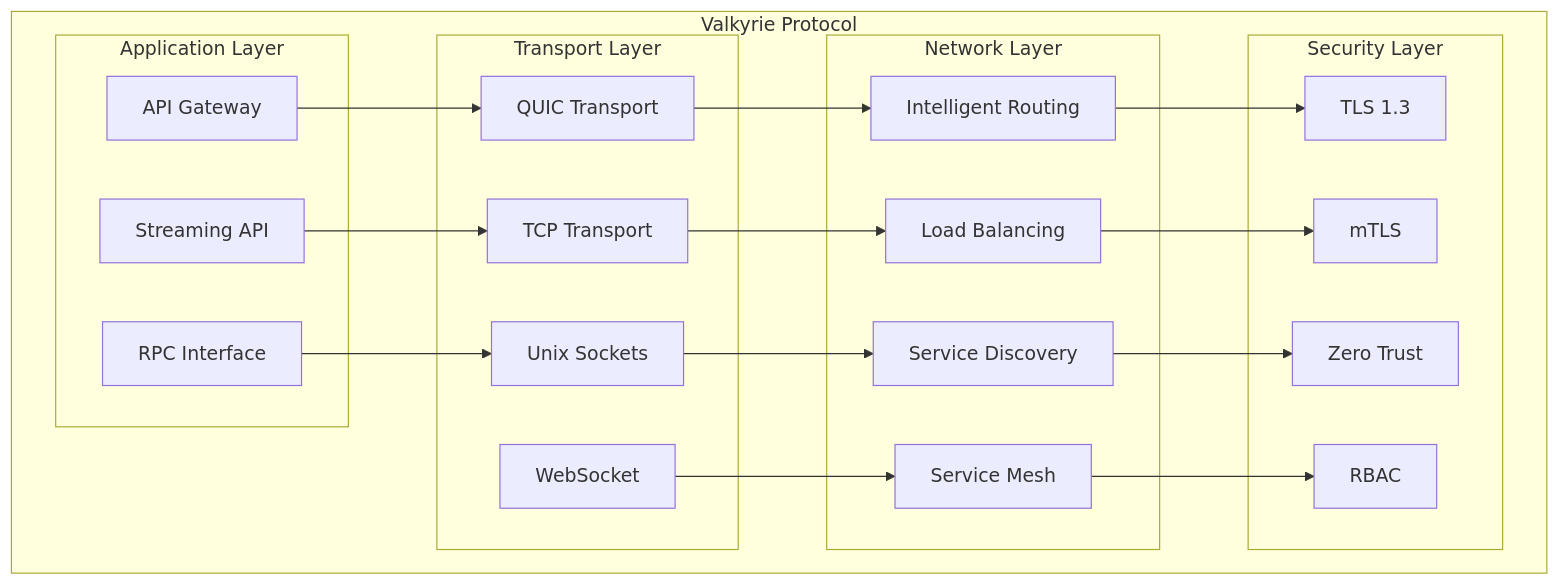
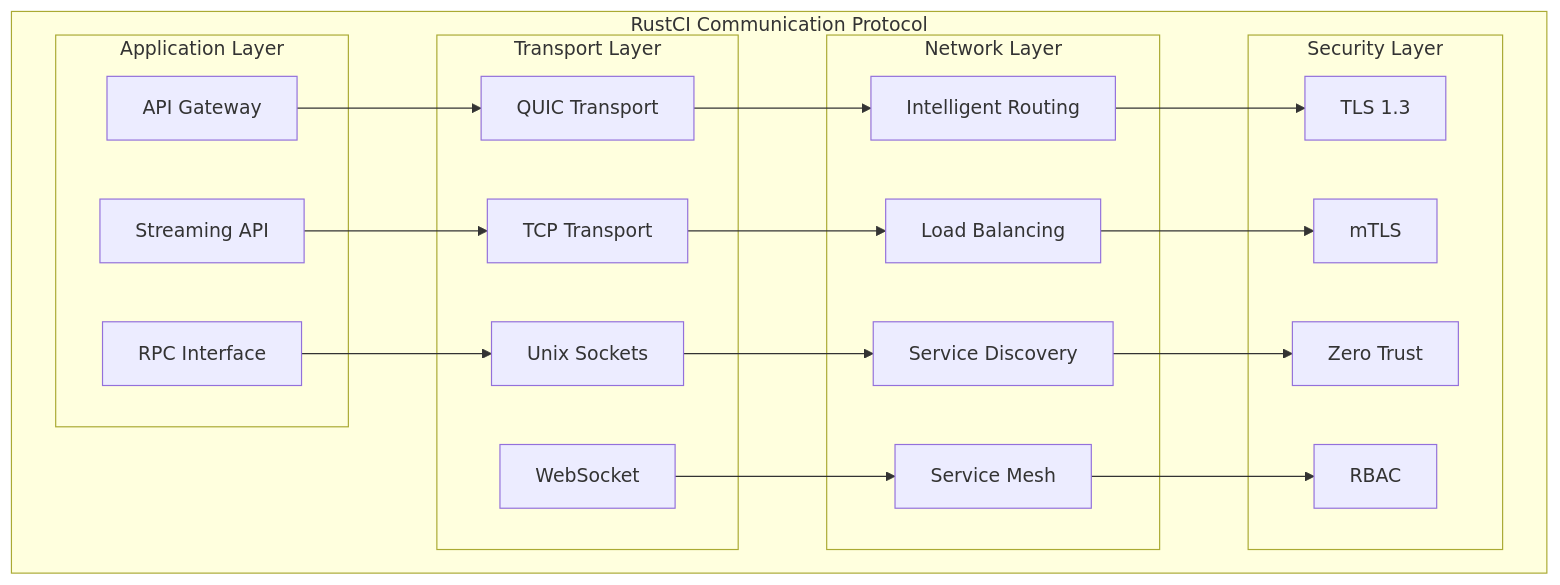
Before and after one commit to RitabrataRoychowdhury/RustCI: the seventh of 14 diagrams in docs/architecture/rustci-control-plane-architecture.md, drawn with Mermaid. The commit also changed other lines of this file and 182 other files, not shown here.

````diff
--- a/docs/architecture/rustci-control-plane-architecture.md
+++ b/docs/architecture/rustci-control-plane-architecture.md
@@ -276,43 +276,43 @@
 ```mermaid
 graph TB
-    subgraph "Valkyrie Protocol"
+    subgraph "RustCI Communication Protocol"
         subgraph "Application Layer"
             API[API Gateway]
             STREAM[Streaming API]
             RPC[RPC Interface]
         end
         
         subgraph "Transport Layer"
             QUIC[QUIC Transport]
             TCP[TCP Transport]
             UNIX[Unix Sockets]
             WS[WebSocket]
         end
         
         subgraph "Network Layer"
             ROUTE[Intelligent Routing]
             LB[Load Balancing]
             DISC[Service Discovery]
             MESH[Service Mesh]
         end
         
         subgraph "Security Layer"
             TLS[TLS 1.3]
             MTLS[mTLS]
             ZERO_TRUST[Zero Trust]
             RBAC[RBAC]
         end
     end
     
     API --> QUIC
     STREAM --> TCP
     RPC --> UNIX
     QUIC --> ROUTE
     TCP --> LB
     UNIX --> DISC
     WS --> MESH
     ROUTE --> TLS
     LB --> MTLS
     DISC --> ZERO_TRUST
     MESH --> RBAC
 ```
````
